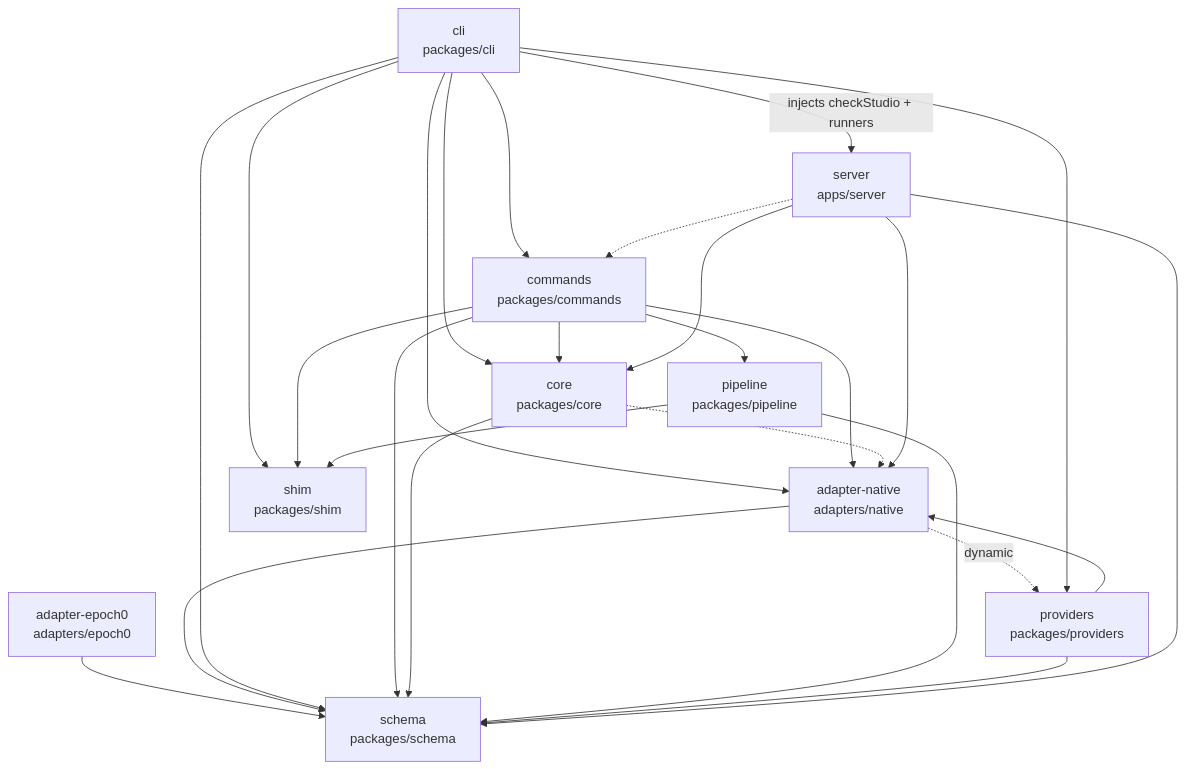
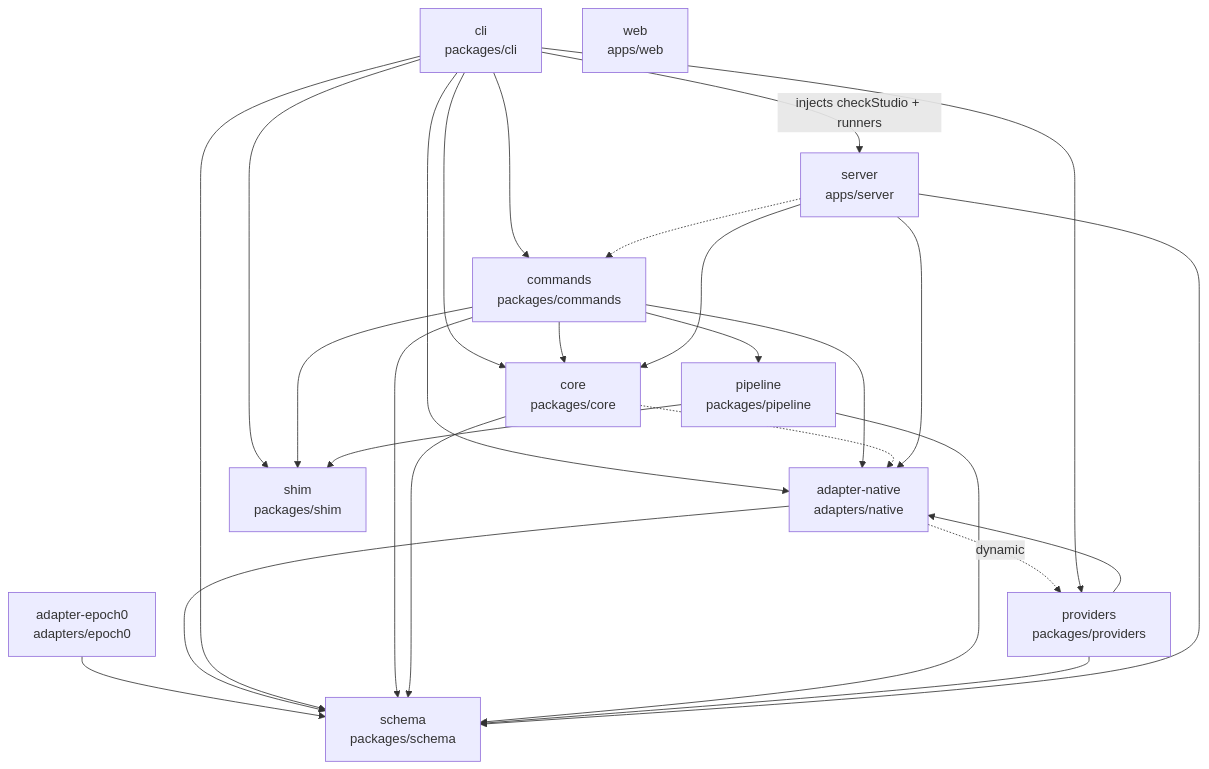
The first of 4 diagrams in docs/ARCHITECTURE.md (Round-Block/bisellium), drawn with Mermaid before and after one commit. The commit also changed other lines of this file and 3 other files, not shown here.

First line of the commit message:
docs: cascade 7 — architecture graph, handoff, dossier, progress

````diff
--- a/docs/ARCHITECTURE.md
+++ b/docs/ARCHITECTURE.md
@@ -23,38 +23,39 @@
 ```mermaid
 flowchart TD
   adapter_epoch0["adapter-epoch0<br/>adapters/epoch0"]
   adapter_native["adapter-native<br/>adapters/native"]
   cli["cli<br/>packages/cli"]
   commands["commands<br/>packages/commands"]
   core["core<br/>packages/core"]
   pipeline["pipeline<br/>packages/pipeline"]
   providers["providers<br/>packages/providers"]
   schema["schema<br/>packages/schema"]
   server["server<br/>apps/server"]
   shim["shim<br/>packages/shim"]
+  web["web<br/>apps/web"]
   adapter_epoch0 --> schema
   adapter_native -. dynamic .-> providers
   adapter_native --> schema
   cli --> adapter_native
   cli --> commands
   cli --> core
   cli --> providers
   cli --> schema
   cli -- "injects checkStudio + runners" --> server
   cli --> shim
   commands --> adapter_native
   commands --> core
   commands --> pipeline
   commands --> schema
   commands --> shim
   core -.-> adapter_native
   core --> schema
   pipeline --> schema
   pipeline --> shim
   providers --> adapter_native
   providers --> schema
   server --> adapter_native
   server -.-> commands
   server --> core
   server --> schema
 ```
````
